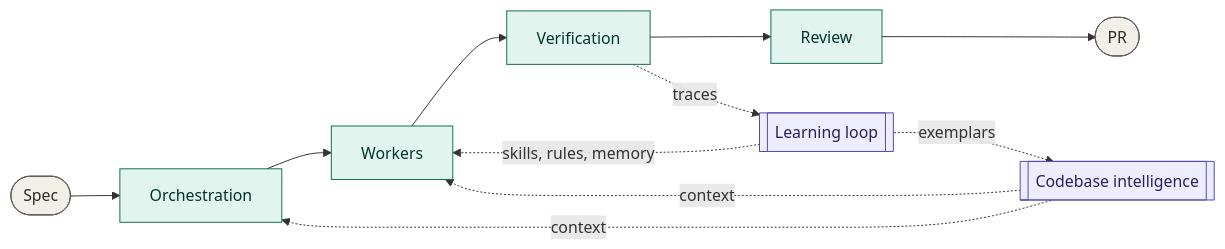
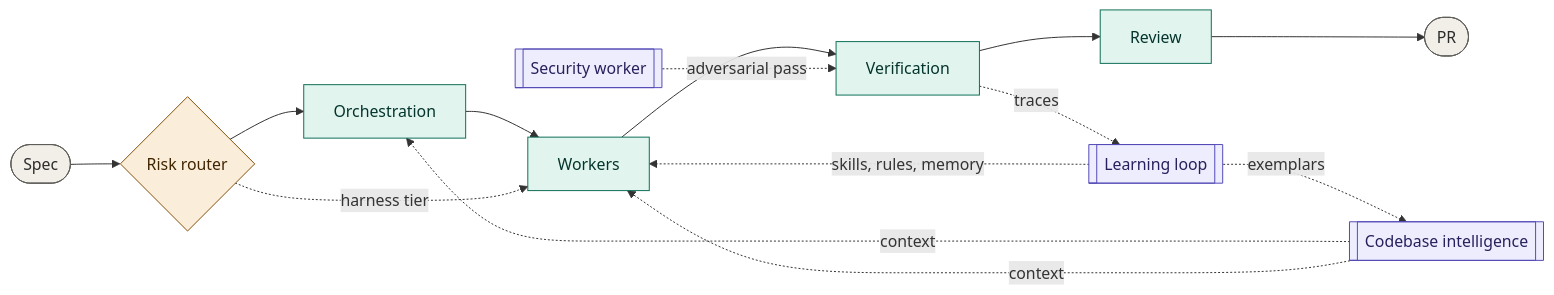
One commit to heilashahidi/athena-software-factory changed the first of 11 diagrams in Software Factory Architecture.md. Above: the diagram before and after it, drawn with Mermaid. The commit also changed other lines of this file, not shown here.

Commit message:
Add risk router, security worker, and specialized harnesses to master architecture

````diff
--- a/Software Factory Architecture.md
+++ b/Software Factory Architecture.md
@@ -17,25 +26,31 @@
 ```mermaid
 flowchart LR
   spec(["Spec"])
+  router{"Risk router"}
   plan["Orchestration"]
   build["Workers"]
   verify["Verification"]
+  sec[["Security worker"]]
   review["Review"]
   pr(["PR"])
   intel[["Codebase intelligence"]]
   learn[["Learning loop"]]
 
-  spec --> plan --> build --> verify --> review --> pr
+  spec --> router --> plan --> build --> verify --> review --> pr
+  router -.->|"harness tier"| build
+  sec -.->|"adversarial pass"| verify
   intel -.->|context| plan
   intel -.->|context| build
   verify -.->|traces| learn
   learn -.->|"skills, rules, memory"| build
   learn -.->|exemplars| intel
 
   classDef spine fill:#E1F5EE,stroke:#0F6E56,color:#04342C;
   classDef sub fill:#EEEDFE,stroke:#534AB7,color:#26215C;
   classDef io fill:#F1EFE8,stroke:#5F5E5A,color:#2C2C2A;
+  classDef gate fill:#FAEEDA,stroke:#854F0B,color:#412402;
   class plan,build,verify,review spine
-  class intel,learn sub
+  class intel,learn,sec sub
   class spec,pr io
+  class router gate
 ```
````
